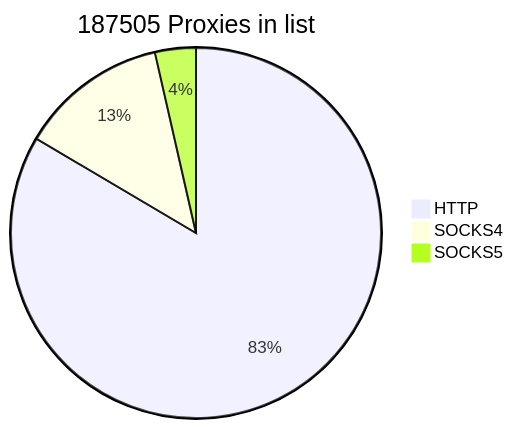
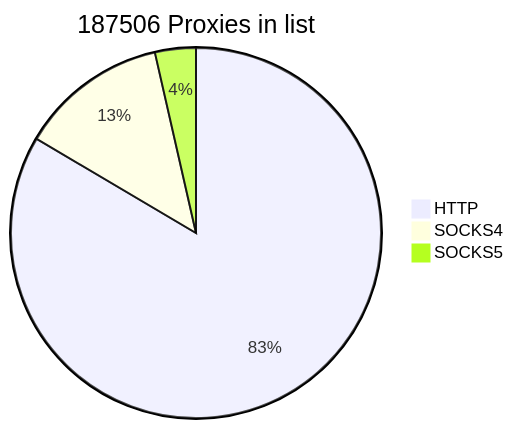
One commit to cutipu/proxylist changed the first of 2 diagrams in README.md. Above: the diagram before and after it, drawn with Mermaid. The commit also changed other lines of this file, not shown here.

````diff
--- a/README.md
+++ b/README.md
@@ -2,7 +2,7 @@
 ```mermaid
-pie title 187505 Proxies in list
+pie title 187506 Proxies in list
     "HTTP" : 156538
     "SOCKS4" : 24284
-    "SOCKS5" : 6683
+    "SOCKS5" : 6684
             
 ```
````
